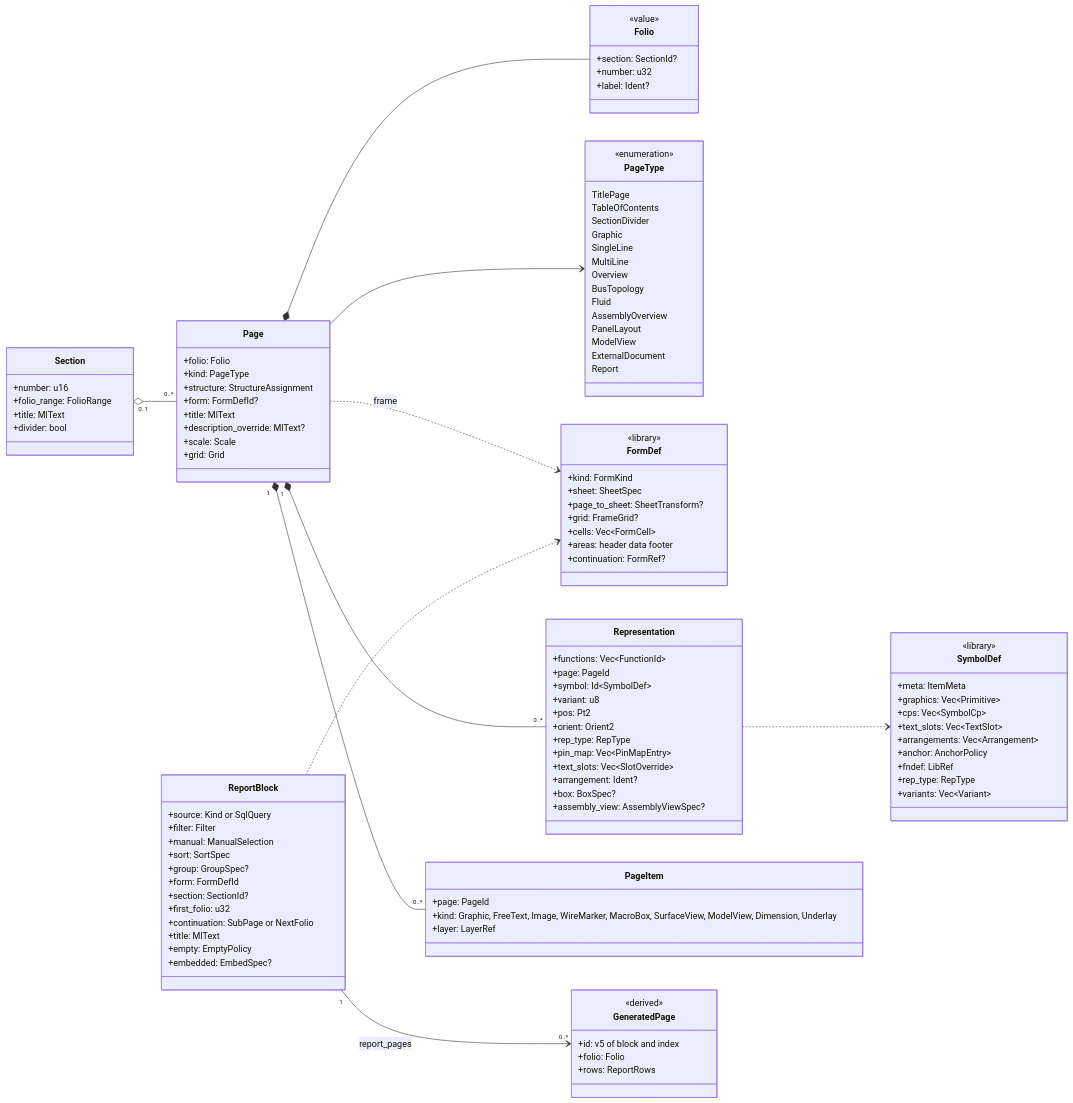
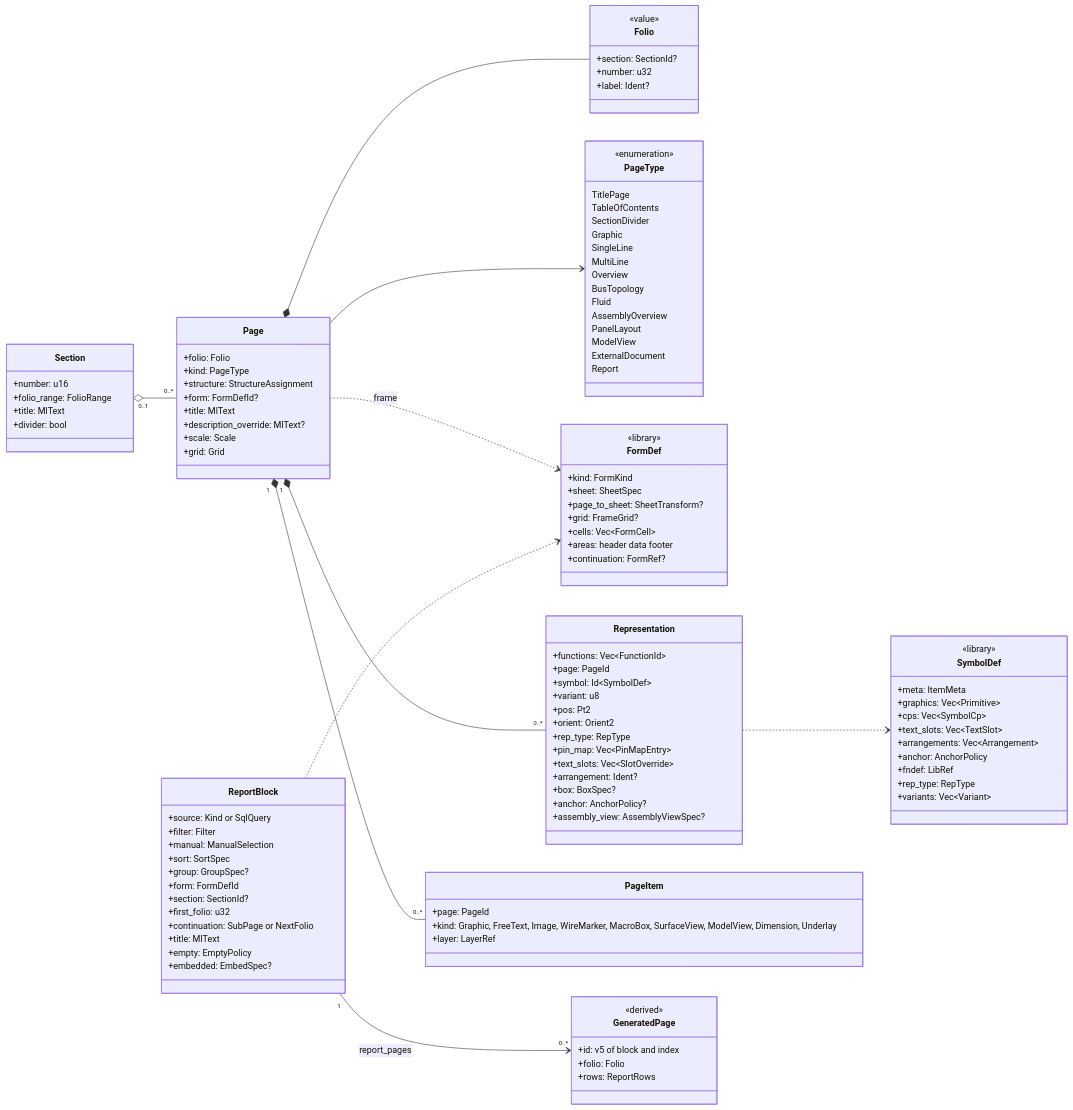
The fourth of 20 diagrams in docs/design/03-domain-model.md (Ironkode787/ElektraWatt), drawn with Mermaid before and after one commit. The commit also changed other lines of this file and 31 other files, not shown here.

```diff
--- a/docs/design/03-domain-model.md
+++ b/docs/design/03-domain-model.md
@@ -709,6 +709,7 @@
     +text_slots: Vec~SlotOverride~
     +arrangement: Ident?
     +box: BoxSpec?
+    +anchor: AnchorPolicy?
     +assembly_view: AssemblyViewSpec?
   }
   class SymbolDef {
```
